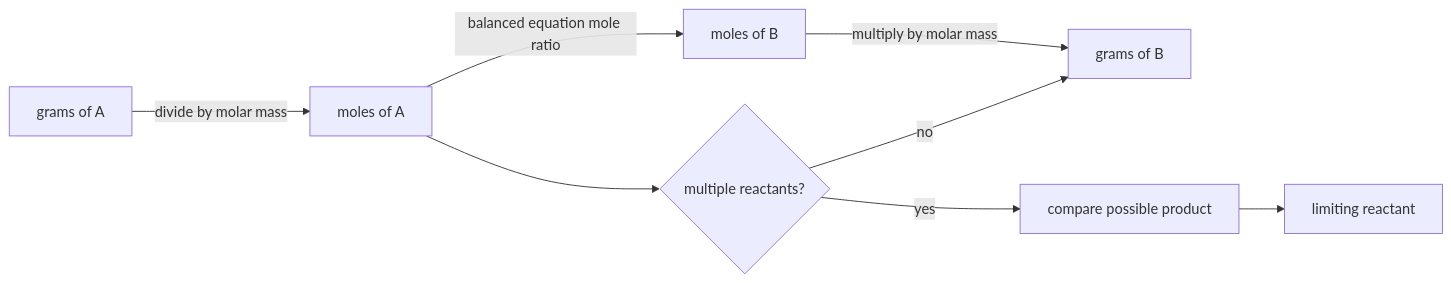
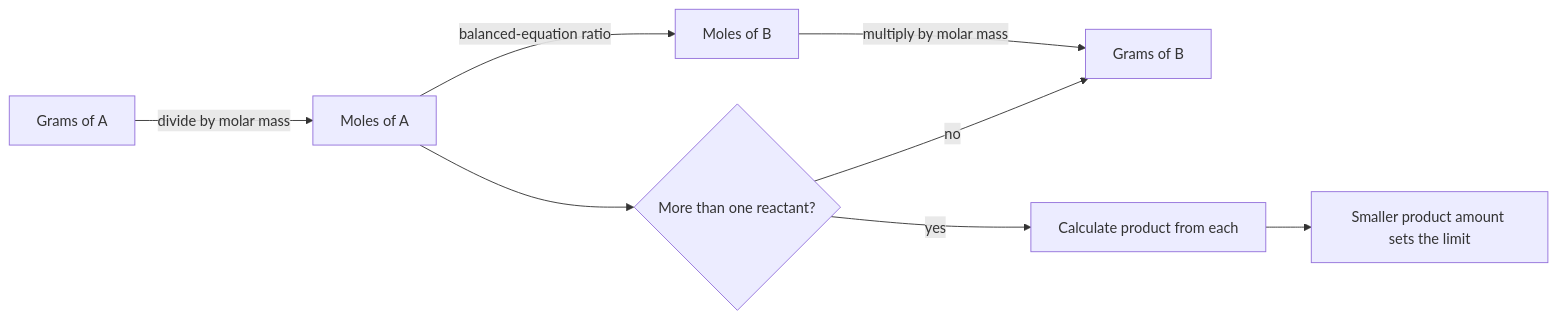
Before and after one commit to justinbrianhwang/SJ-wiki: the diagram in docs/chemistry/general/stoichiometry.md, drawn with Mermaid. The commit also changed other lines of this file and 955 other files, not shown here.

````diff
--- a/docs/chemistry/general/stoichiometry.md
+++ b/docs/chemistry/general/stoichiometry.md
@@ -60,10 +20,10 @@
 ```mermaid
 flowchart LR
-  A[grams of A] -->|divide by molar mass| B[moles of A]
-  B -->|balanced equation mole ratio| C[moles of B]
-  C -->|multiply by molar mass| D[grams of B]
-  B --> E{"multiple reactants?"}
-  E -->|yes| F[compare possible product]
-  F --> G[limiting reactant]
+  A[Grams of A] -->|divide by molar mass| B[Moles of A]
+  B -->|balanced-equation ratio| C[Moles of B]
+  C -->|multiply by molar mass| D[Grams of B]
+  B --> E{"More than one reactant?"}
+  E -->|yes| F[Calculate product from each]
+  F --> G[Smaller product amount sets the limit]
   E -->|no| D
 ```
````
